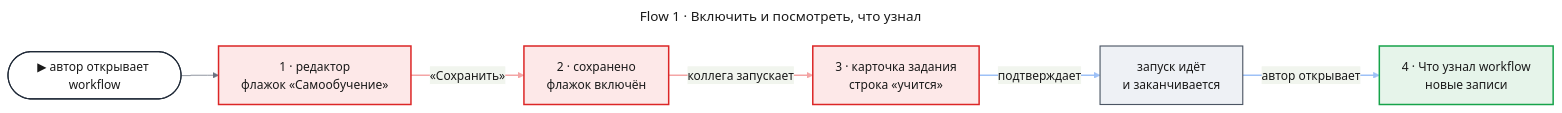
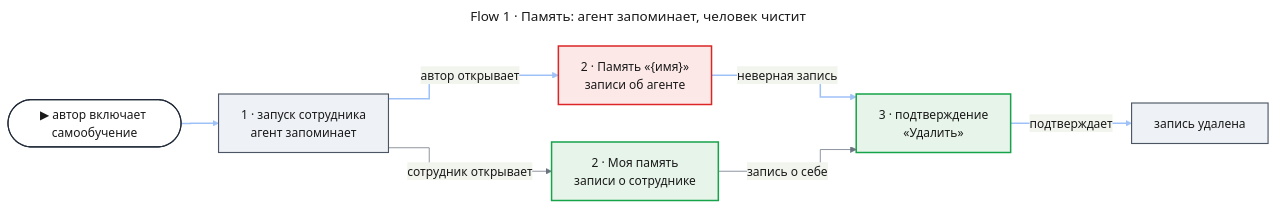
One commit to tundraray/agent-os changed the first of 3 diagrams in docs/features/self-learning/uxrd.md. Above: the diagram before and after it, drawn with Mermaid. The commit also changed other lines of this file and 1225 other files, not shown here.

````diff
--- a/docs/features/self-learning/uxrd.md
+++ b/docs/features/self-learning/uxrd.md
@@ -55,46 +54,46 @@
 ```mermaid
 ---
-title: "Flow 1 · Включить и посмотреть, что узнал"
+title: "Flow 1 · Память: агент запоминает, человек чистит"
 config:
   theme: base
   look: classic
   themeVariables:
     primaryColor: "#eef1f5"
     primaryBorderColor: "#4b5563"
     primaryTextColor: "#1a1a1a"
     lineColor: "#6b7280"
   flowchart:
     curve: step
   themeCSS: |
-    @keyframes lit_sl1{0%,22.5%{stroke:#991b1b;stroke-width:6px}25%,100%{stroke:#f4a5a5;stroke-width:2px}}
-    @keyframes litr_sl1{0%,22.5%{stroke:#1d4ed8;stroke-width:6px}25%,100%{stroke:#9ec1f7;stroke-width:2px}}
+    @keyframes litr_slf1{0%,22.5%{stroke:#1d4ed8;stroke-width:6px}25%,100%{stroke:#9ec1f7;stroke-width:2px}}
 ---
 flowchart LR
-    entry(["▶ автор открывает workflow"])
-    flag["1 · редактор<br/>флажок «Самообучение»"]
-    saved["2 · сохранено<br/>флажок включён"]
-    task["3 · карточка задания<br/>строка «учится»"]
-    run["запуск идёт<br/>и заканчивается"]
-    screen["4 · Что узнал workflow<br/>новые записи"]
-    entry --> flag
-    flag e1@-->|"«Сохранить»"| saved
-    saved e2@-->|"коллега запускает"| task
-    task e3@-->|"подтверждает"| run
-    run e4@-->|"автор открывает"| screen
+    entry(["▶ автор включает самообучение"])
+    run["1 · запуск сотрудника<br/>агент запоминает"]
+    agentmem["2 · Память «{имя}»<br/>записи об агенте"]
+    mymem["2 · Моя память<br/>записи о сотруднике"]
+    del["3 · подтверждение<br/>«Удалить»"]
+    done["запись удалена"]
+    entry e1@--> run
+    run e2@-->|"автор открывает"| agentmem
+    run -->|"сотрудник открывает"| mymem
+    agentmem e3@-->|"неверная запись"| del
+    mymem -->|"запись о себе"| del
+    del e4@-->|"подтверждает"| done
     classDef entry fill:#ffffff,stroke:#1f2937,stroke-width:1.5px,color:#1a1a1a
     classDef changed fill:#fde8e8,stroke:#dc2626,stroke-width:2px,color:#1a1a1a
     classDef new fill:#e6f4ea,stroke:#16a34a,stroke-width:2px,color:#1a1a1a
     classDef unchanged fill:#eef1f5,stroke:#4b5563,stroke-width:1.5px,color:#1a1a1a
-    classDef w1 stroke:#f4a5a5,stroke-width:2px,animation:lit_sl1 4.8s linear 0s infinite
-    classDef w2 stroke:#f4a5a5,stroke-width:2px,animation:lit_sl1 4.8s linear 1.2s infinite
-    classDef r1 stroke:#9ec1f7,stroke-width:2px,animation:litr_sl1 4.8s linear 2.4s infinite
-    classDef r2 stroke:#9ec1f7,stroke-width:2px,animation:litr_sl1 4.8s linear 3.6s infinite
+    classDef r1 stroke:#9ec1f7,stroke-width:2px,animation:litr_slf1 4.8s linear 0s infinite
+    classDef r2 stroke:#9ec1f7,stroke-width:2px,animation:litr_slf1 4.8s linear 1.2s infinite
+    classDef r3 stroke:#9ec1f7,stroke-width:2px,animation:litr_slf1 4.8s linear 2.4s infinite
+    classDef r4 stroke:#9ec1f7,stroke-width:2px,animation:litr_slf1 4.8s linear 3.6s infinite
     class entry entry
-    class flag,saved,task changed
-    class screen new
-    class run unchanged
-    class e1 w1
-    class e2 w2
-    class e3 r1
-    class e4 r2
+    class agentmem changed
+    class mymem,del new
+    class run,done unchanged
+    class e1 r1
+    class e2 r2
+    class e3 r3
+    class e4 r4
 ```
````
